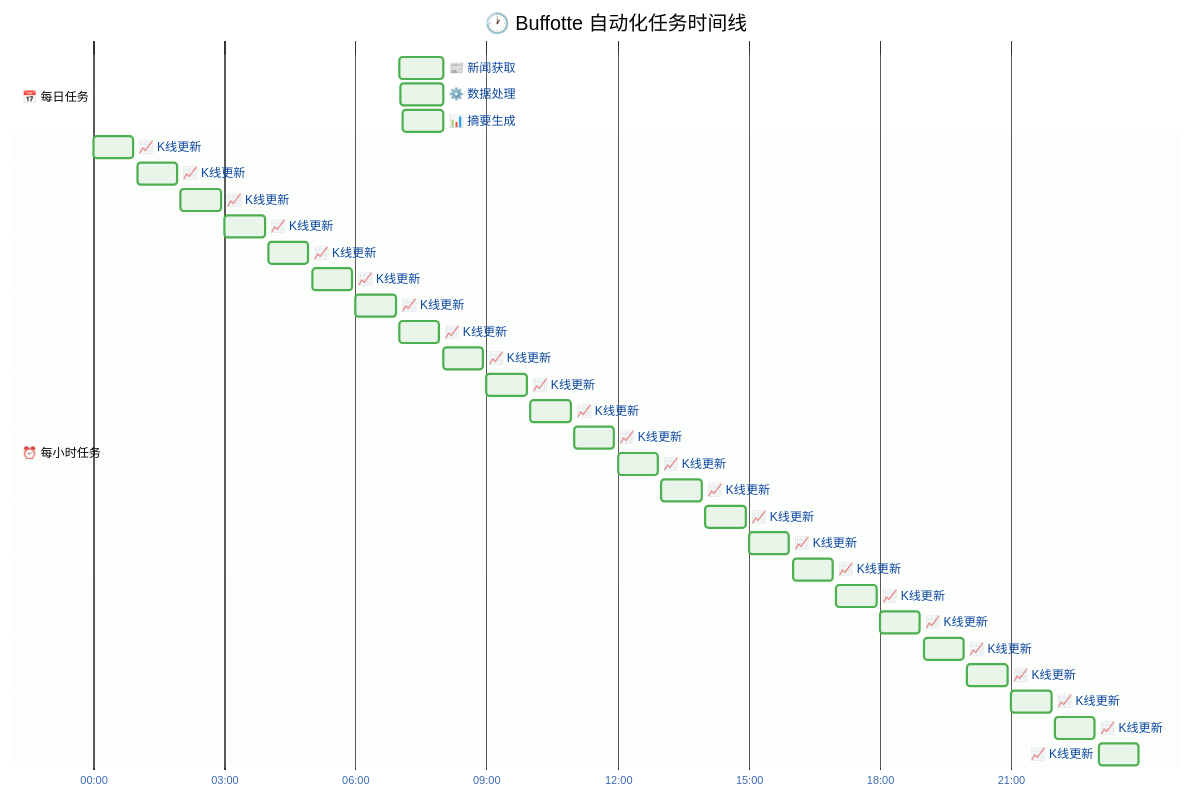
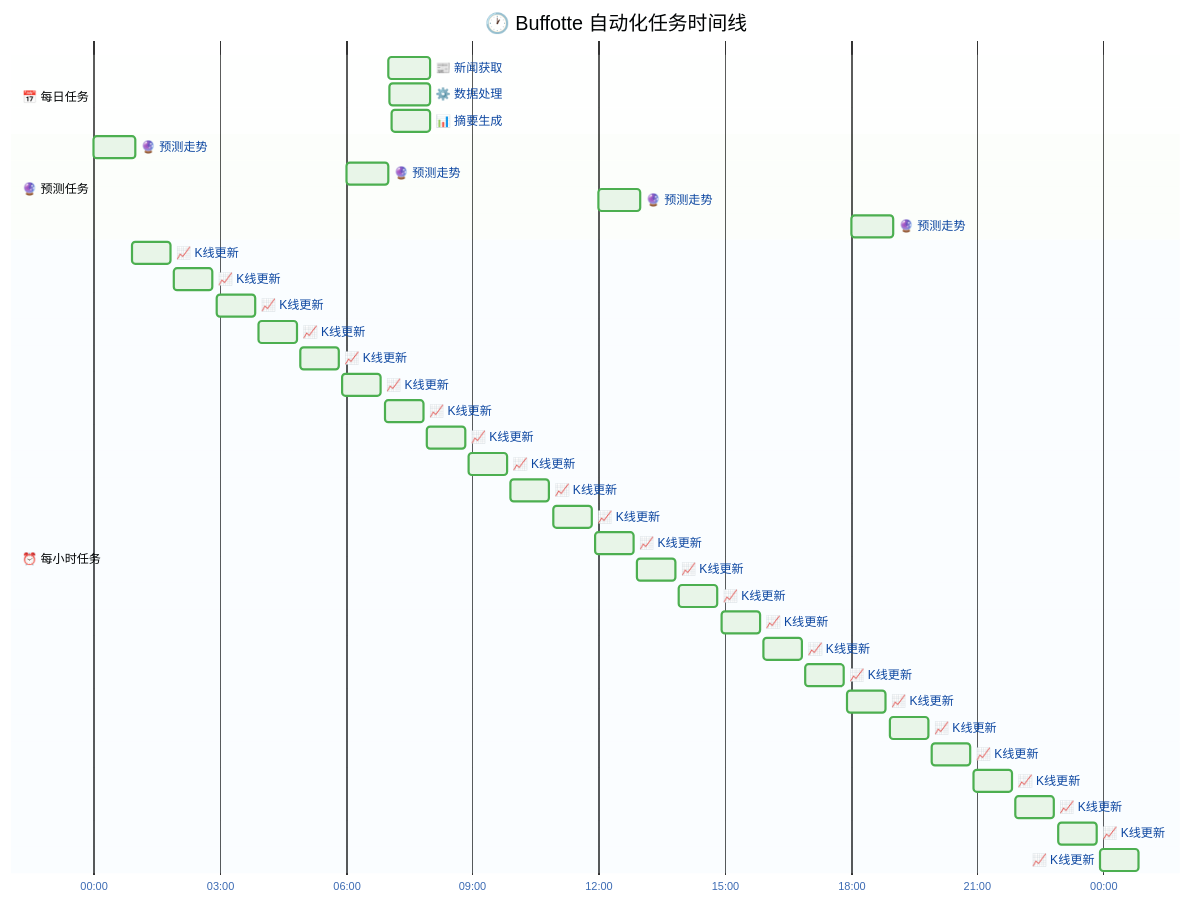
Before and after one commit to Shr1mpTop/Buffotte: the third of 8 diagrams in README.md, drawn with Mermaid.

Commit message:
更新 README.md，添加预测任务时间段并优化 K线更新频率

````diff
--- a/README.md
+++ b/README.md
@@ -119,55 +119,61 @@
 ```mermaid
 %%{init: {
   'theme': 'base',
   'themeVariables': {
     'primaryColor': '#e3f2fd',
     'primaryTextColor': '#0d47a1',
     'primaryBorderColor': '#2196f3',
     'gridColor': '#bbdefb',
     'todayLineColor': '#f44336',
     'sectionBkgColor': '#f8fff8',
     'altSectionBkgColor': '#f1f8e9',
     'taskBkgColor': '#e8f5e8',
     'taskTextColor': '#1b5e20',
     'taskBorderColor': '#4caf50',
     'activeTaskBkgColor': '#fff3e0',
     'activeTaskBorderColor': '#ff9800'
   }
 }}%%
 gantt
     title 🕐 Buffotte 自动化任务时间线
     dateFormat HH:mm
     axisFormat %H:%M
 
     section 📅 每日任务
     📰 新闻获取     :07:00, 60m
     ⚙️ 数据处理     :07:02, 58m
     📊 摘要生成     :07:05, 55m
 
+    section 🔮 预测任务
+    🔮 预测走势     :00:00, 60m
+    🔮 预测走势     :06:00, 60m
+    🔮 预测走势     :12:00, 60m
+    🔮 预测走势     :18:00, 60m
+
     section ⏰ 每小时任务
-    📈 K线更新      :00:00, 55m
-    📈 K线更新      :01:00, 55m
-    📈 K线更新      :02:00, 55m
-    📈 K线更新      :03:00, 55m
-    📈 K线更新      :04:00, 55m
-    📈 K线更新      :05:00, 55m
-    📈 K线更新      :06:00, 55m
-    📈 K线更新      :07:00, 55m
-    📈 K线更新      :08:00, 55m
-    📈 K线更新      :09:00, 55m
-    📈 K线更新      :10:00, 55m
-    📈 K线更新      :11:00, 55m
-    📈 K线更新      :12:00, 55m
-    📈 K线更新      :13:00, 55m
-    📈 K线更新      :14:00, 55m
-    📈 K线更新      :15:00, 55m
-    📈 K线更新      :16:00, 55m
-    📈 K线更新      :17:00, 55m
-    📈 K线更新      :18:00, 55m
-    📈 K线更新      :19:00, 55m
-    📈 K线更新      :20:00, 55m
-    📈 K线更新      :21:00, 55m
-    📈 K线更新      :22:00, 55m
-    📈 K线更新      :23:00, 55m
+    📈 K线更新      :00:55, 55m
+    📈 K线更新      :01:55, 55m
+    📈 K线更新      :02:55, 55m
+    📈 K线更新      :03:55, 55m
+    📈 K线更新      :04:55, 55m
+    📈 K线更新      :05:55, 55m
+    📈 K线更新      :06:55, 55m
+    📈 K线更新      :07:55, 55m
+    📈 K线更新      :08:55, 55m
+    📈 K线更新      :09:55, 55m
+    📈 K线更新      :10:55, 55m
+    📈 K线更新      :11:55, 55m
+    📈 K线更新      :12:55, 55m
+    📈 K线更新      :13:55, 55m
+    📈 K线更新      :14:55, 55m
+    📈 K线更新      :15:55, 55m
+    📈 K线更新      :16:55, 55m
+    📈 K线更新      :17:55, 55m
+    📈 K线更新      :18:55, 55m
+    📈 K线更新      :19:55, 55m
+    📈 K线更新      :20:55, 55m
+    📈 K线更新      :21:55, 55m
+    📈 K线更新      :22:55, 55m
+    📈 K线更新      :23:55, 55m
 
 ```
````
